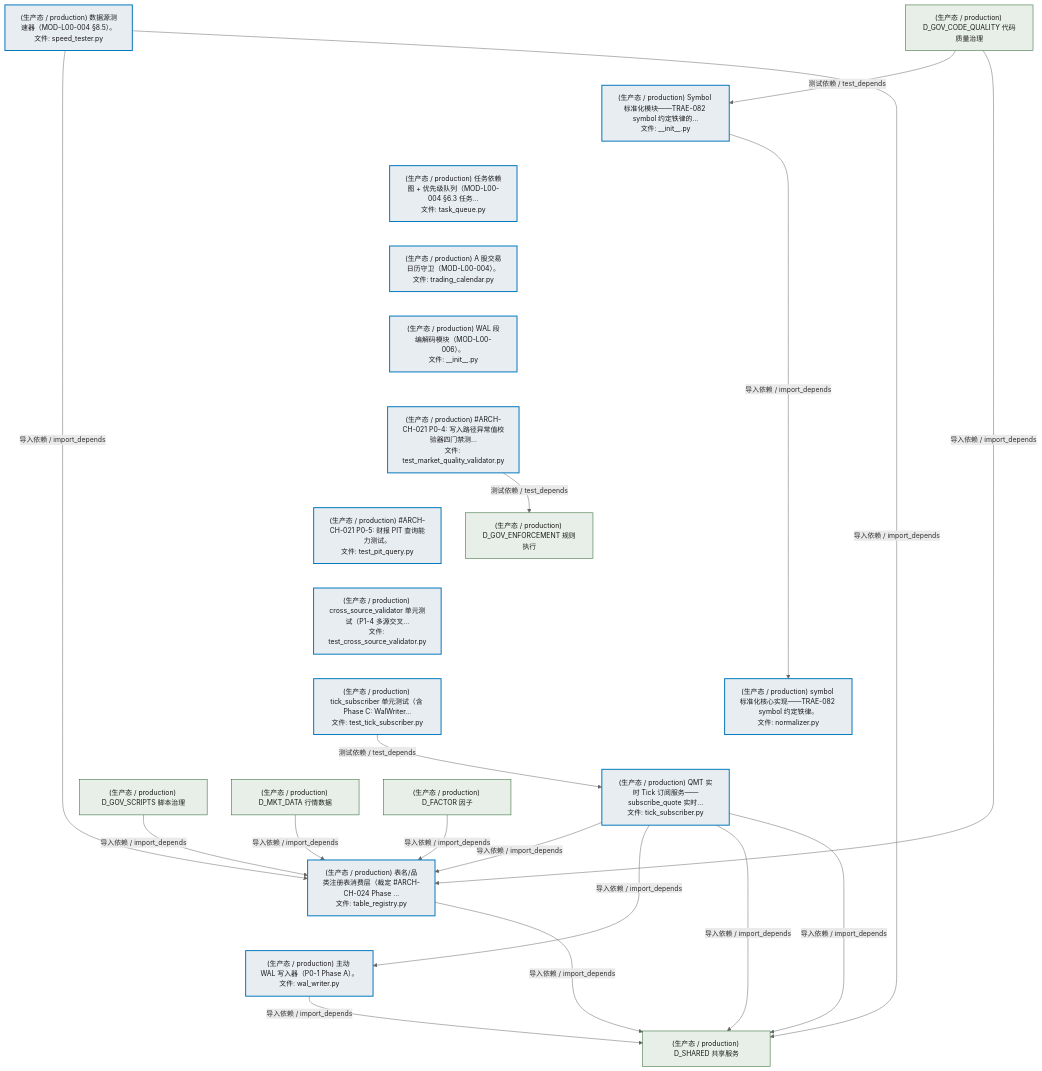
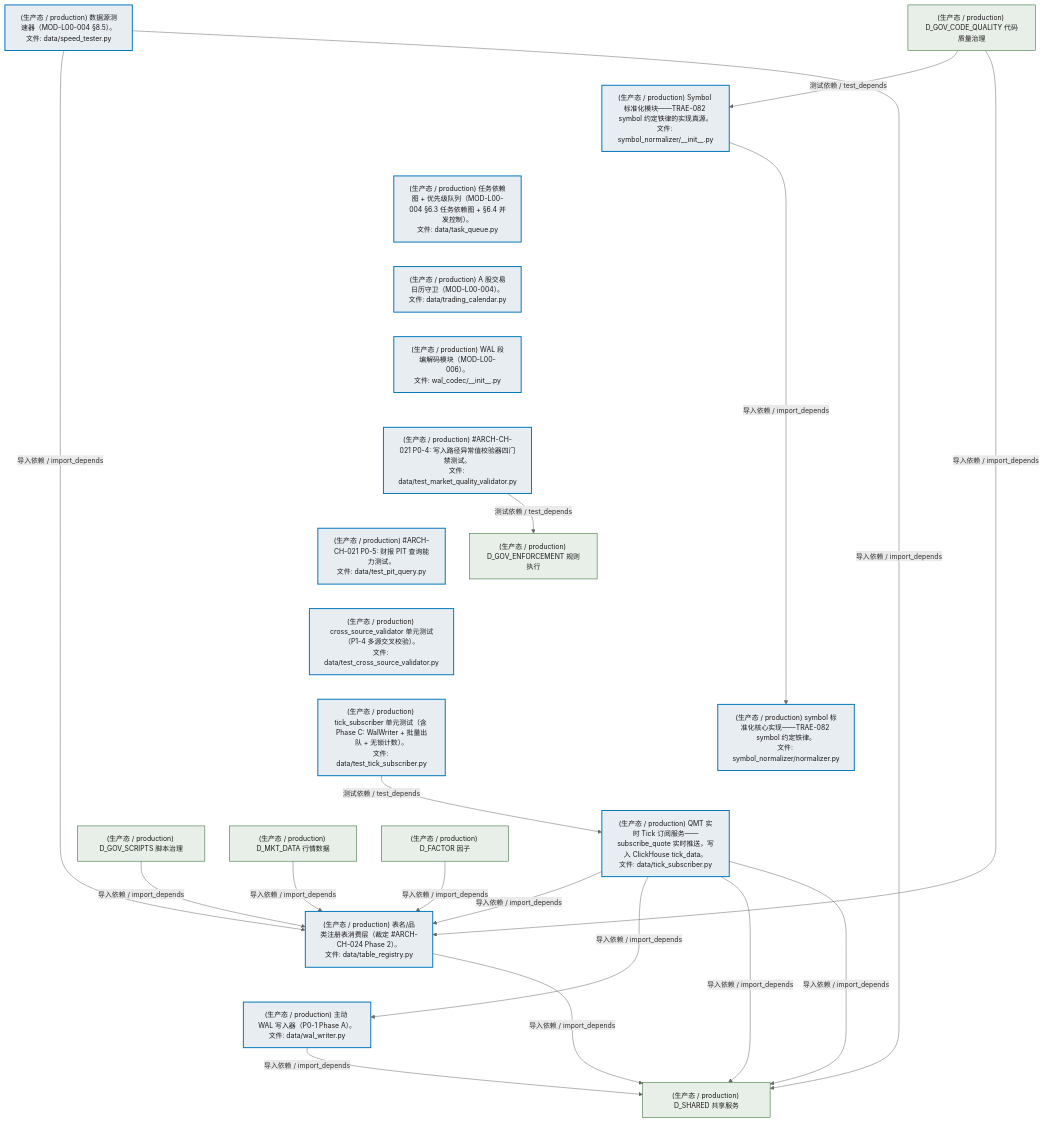
The sixth of 9 diagrams in docs/02_enterprise_architecture/02_domain_architecture_docs/11_d_data.md (xuanFelixVan/ZephyrAlpha), drawn with Mermaid before and after one commit. The commit also changed other lines of this file and 63 other files, not shown here.

````diff
--- a/docs/02_enterprise_architecture/02_domain_architecture_docs/11_d_data.md
+++ b/docs/02_enterprise_architecture/02_domain_architecture_docs/11_d_data.md
@@ -734,55 +734,55 @@
 ```mermaid
 %%{init: {'theme': 'base', 'themeVariables': {'primaryColor': '#eaeaea', 'primaryTextColor': '#333333', 'primaryBorderColor': '#666666', 'lineColor': '#666666', 'secondaryColor': '#eaeaea', 'tertiaryColor': '#eaeaea', 'fontSize': '14px'}}}%%
 flowchart TD
-    src_zephyr_data_speed_tester_py["(生产态 / production) 数据源测速器（MOD-L00-004 §8.5）。<br/>文件: speed_tester.py"]
-    src_zephyr_data_symbol_normalizer_init_py["(生产态 / production) Symbol 标准化模块——TRAE-082 symbol 约定铁律的...<br/>文件: __init__.py"]
-    src_zephyr_data_task_queue_py["(生产态 / production) 任务依赖图 + 优先级队列（MOD-L00-004 §6.3 任务...<br/>文件: task_queue.py"]
-    src_zephyr_data_trading_calendar_py["(生产态 / production) A 股交易日历守卫（MOD-L00-004）。<br/>文件: trading_calendar.py"]
-    src_zephyr_data_wal_codec_init_py["(生产态 / production) WAL 段编解码模块（MOD-L00-006）。<br/>文件: __init__.py"]
-    tests_data_test_market_quality_validator_py["(生产态 / production) #ARCH-CH-021 P0-4: 写入路径异常值校验器四门禁测...<br/>文件: test_market_quality_validator.py"]
-    tests_data_test_pit_query_py["(生产态 / production) #ARCH-CH-021 P0-5: 财报 PIT 查询能力测试。<br/>文件: test_pit_query.py"]
-    tests_zephyr_data_test_cross_source_validator_py["(生产态 / production) cross_source_validator 单元测试（P1-4 多源交叉...<br/>文件: test_cross_source_validator.py"]
-    tests_zephyr_data_test_tick_subscriber_py["(生产态 / production) tick_subscriber 单元测试（含 Phase C: WalWriter...<br/>文件: test_tick_subscriber.py"]
+    src_zephyr_data_speed_tester_py["(生产态 / production) 数据源测速器（MOD-L00-004 §8.5）。<br/>文件: data/speed_tester.py"]
+    src_zephyr_data_symbol_normalizer_init_py["(生产态 / production) Symbol 标准化模块——TRAE-082 symbol 约定铁律的实现真源。<br/>文件: symbol_normalizer/__init__.py"]
+    src_zephyr_data_task_queue_py["(生产态 / production) 任务依赖图 + 优先级队列（MOD-L00-004 §6.3 任务依赖图 + §6.4 并发控制）。<br/>文件: data/task_queue.py"]
+    src_zephyr_data_trading_calendar_py["(生产态 / production) A 股交易日历守卫（MOD-L00-004）。<br/>文件: data/trading_calendar.py"]
+    src_zephyr_data_wal_codec_init_py["(生产态 / production) WAL 段编解码模块（MOD-L00-006）。<br/>文件: wal_codec/__init__.py"]
+    tests_data_test_market_quality_validator_py["(生产态 / production) #ARCH-CH-021 P0-4: 写入路径异常值校验器四门禁测试。<br/>文件: data/test_market_quality_validator.py"]
+    tests_data_test_pit_query_py["(生产态 / production) #ARCH-CH-021 P0-5: 财报 PIT 查询能力测试。<br/>文件: data/test_pit_query.py"]
+    tests_zephyr_data_test_cross_source_validator_py["(生产态 / production) cross_source_validator 单元测试（P1-4 多源交叉校验）。<br/>文件: data/test_cross_source_validator.py"]
+    tests_zephyr_data_test_tick_subscriber_py["(生产态 / production) tick_subscriber 单元测试（含 Phase C: WalWriter + 批量出队 + 无锁计数）。<br/>文件: data/test_tick_subscriber.py"]
     src_zephyr_data_speed_tester_py ~~~ src_zephyr_data_symbol_normalizer_init_py
     src_zephyr_data_symbol_normalizer_init_py ~~~ src_zephyr_data_task_queue_py
     src_zephyr_data_task_queue_py ~~~ src_zephyr_data_trading_calendar_py
     src_zephyr_data_trading_calendar_py ~~~ src_zephyr_data_wal_codec_init_py
     src_zephyr_data_wal_codec_init_py ~~~ tests_data_test_market_quality_validator_py
     tests_data_test_market_quality_validator_py ~~~ tests_data_test_pit_query_py
     tests_data_test_pit_query_py ~~~ tests_zephyr_data_test_cross_source_validator_py
     tests_zephyr_data_test_cross_source_validator_py ~~~ tests_zephyr_data_test_tick_subscriber_py
-    src_zephyr_data_symbol_normalizer_normalizer_py["(生产态 / production) symbol 标准化核心实现——TRAE-082 symbol 约定铁律。<br/>文件: normalizer.py"]
-    src_zephyr_data_tick_subscriber_py["(生产态 / production) QMT 实时 Tick 订阅服务——subscribe_quote 实时...<br/>文件: tick_subscriber.py"]
+    src_zephyr_data_symbol_normalizer_normalizer_py["(生产态 / production) symbol 标准化核心实现——TRAE-082 symbol 约定铁律。<br/>文件: symbol_normalizer/normalizer.py"]
+    src_zephyr_data_tick_subscriber_py["(生产态 / production) QMT 实时 Tick 订阅服务——subscribe_quote 实时推送，写入 ClickHouse tick_data。<br/>文件: data/tick_subscriber.py"]
     src_zephyr_data_symbol_normalizer_normalizer_py ~~~ src_zephyr_data_tick_subscriber_py
-    src_zephyr_data_table_registry_py["(生产态 / production) 表名/品类注册表消费层（裁定 #ARCH-CH-024 Phase ...<br/>文件: table_registry.py"]
-    src_zephyr_data_wal_writer_py["(生产态 / production) 主动 WAL 写入器（P0-1 Phase A）。<br/>文件: wal_writer.py"]
+    src_zephyr_data_table_registry_py["(生产态 / production) 表名/品类注册表消费层（裁定 #ARCH-CH-024 Phase 2）。<br/>文件: data/table_registry.py"]
+    src_zephyr_data_wal_writer_py["(生产态 / production) 主动 WAL 写入器（P0-1 Phase A）。<br/>文件: data/wal_writer.py"]
     src_zephyr_data_table_registry_py ~~~ src_zephyr_data_wal_writer_py
     src_zephyr_data_speed_tester_py -->|导入依赖 / import_depends| src_zephyr_data_table_registry_py
     src_zephyr_data_tick_subscriber_py -->|导入依赖 / import_depends| src_zephyr_data_table_registry_py
     src_zephyr_data_tick_subscriber_py -->|导入依赖 / import_depends| src_zephyr_data_wal_writer_py
     src_zephyr_data_symbol_normalizer_init_py -->|导入依赖 / import_depends| src_zephyr_data_symbol_normalizer_normalizer_py
     tests_zephyr_data_test_tick_subscriber_py -->|测试依赖 / test_depends| src_zephyr_data_tick_subscriber_py
     D_SHARED["(生产态 / production) D_SHARED 共享服务"]
     src_zephyr_data_tick_subscriber_py -->|导入依赖 / import_depends| D_SHARED
     src_zephyr_data_wal_writer_py -->|导入依赖 / import_depends| D_SHARED
     D_GOV_ENFORCEMENT["(生产态 / production) D_GOV_ENFORCEMENT 规则执行"]
     tests_data_test_market_quality_validator_py -->|测试依赖 / test_depends| D_GOV_ENFORCEMENT
     src_zephyr_data_table_registry_py -->|导入依赖 / import_depends| D_SHARED
     src_zephyr_data_tick_subscriber_py -->|导入依赖 / import_depends| D_SHARED
     src_zephyr_data_speed_tester_py -->|导入依赖 / import_depends| D_SHARED
     D_GOV_SCRIPTS["(生产态 / production) D_GOV_SCRIPTS 脚本治理"]
     D_GOV_SCRIPTS -->|导入依赖 / import_depends| src_zephyr_data_table_registry_py
     D_GOV_CODE_QUALITY["(生产态 / production) D_GOV_CODE_QUALITY 代码质量治理"]
     D_GOV_CODE_QUALITY -->|测试依赖 / test_depends| src_zephyr_data_symbol_normalizer_init_py
     D_MKT_DATA["(生产态 / production) D_MKT_DATA 行情数据"]
     D_MKT_DATA -->|导入依赖 / import_depends| src_zephyr_data_table_registry_py
     D_FACTOR["(生产态 / production) D_FACTOR 因子"]
     D_FACTOR -->|导入依赖 / import_depends| src_zephyr_data_table_registry_py
     D_GOV_CODE_QUALITY -->|导入依赖 / import_depends| src_zephyr_data_table_registry_py
     classDef production fill:#e8edf2,stroke:#0277bd,stroke-width:2px,color:#1a1a1a
     classDef design fill:#f0ebe3,stroke:#bf360c,stroke-width:2px,color:#1a1a1a,stroke-dasharray: 5 5
     classDef external_prod fill:#e8efe9,stroke:#1b5e20,stroke-width:1px,color:#1a1a1a
     classDef external_design fill:#efe5ea,stroke:#880e4f,stroke-width:1px,color:#1a1a1a,stroke-dasharray: 5 5
     class src_zephyr_data_speed_tester_py,src_zephyr_data_symbol_normalizer_init_py,src_zephyr_data_symbol_normalizer_normalizer_py,src_zephyr_data_table_registry_py,src_zephyr_data_task_queue_py,src_zephyr_data_tick_subscriber_py,src_zephyr_data_trading_calendar_py,src_zephyr_data_wal_codec_init_py,src_zephyr_data_wal_writer_py,tests_data_test_market_quality_validator_py,tests_data_test_pit_query_py,tests_zephyr_data_test_cross_source_validator_py,tests_zephyr_data_test_tick_subscriber_py production
     class D_SHARED,D_GOV_ENFORCEMENT,D_GOV_SCRIPTS,D_GOV_CODE_QUALITY,D_MKT_DATA,D_FACTOR external_prod
 ```
````
